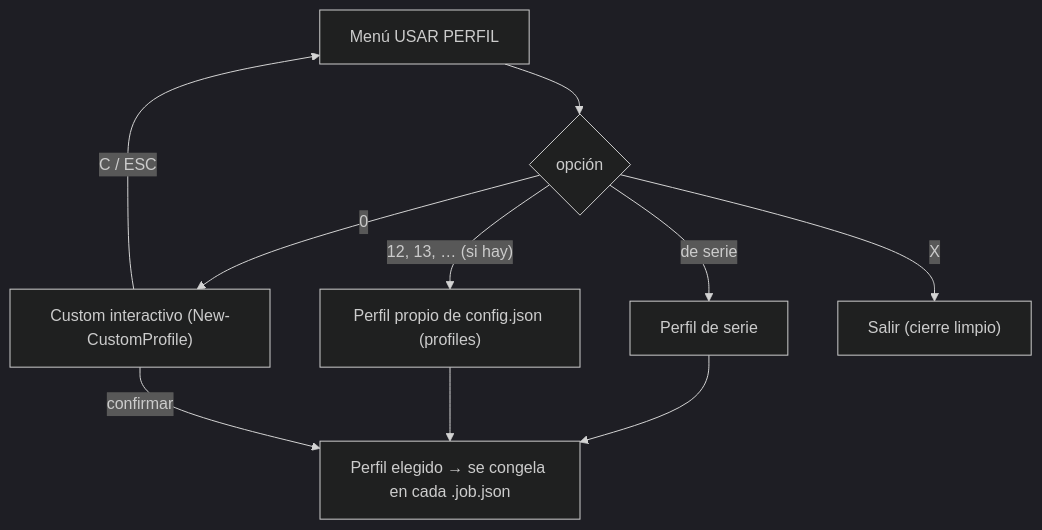
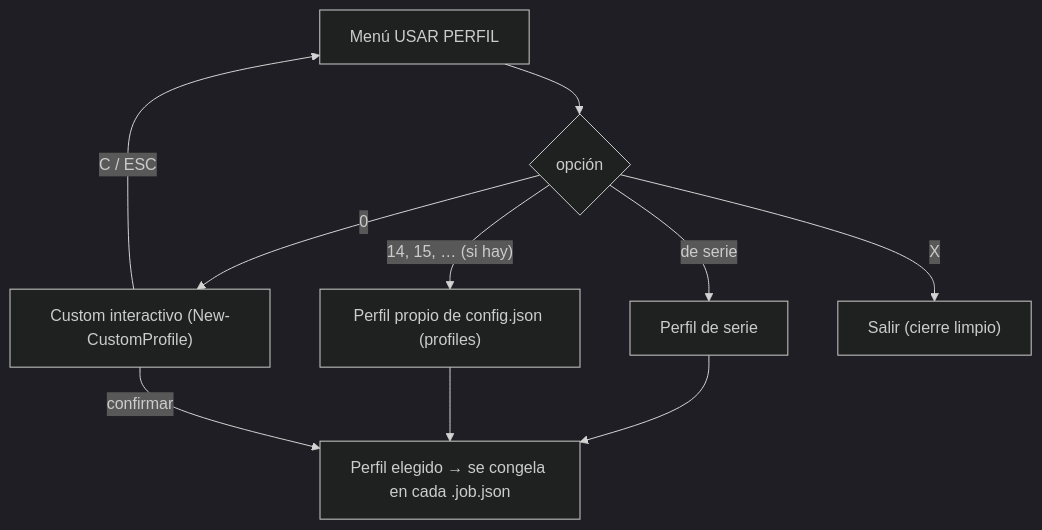
The diagram in docs/ref-perfiles.md (vsc55/ConversorVideoCMD), drawn with Mermaid (dark theme) before and after one commit. The commit also changed other lines of this file and 29 other files, not shown here.

````diff
--- a/docs/ref-perfiles.md
+++ b/docs/ref-perfiles.md
@@ -7,12 +7,12 @@
 ```mermaid
 flowchart TD
     M["Menú USAR PERFIL"] --> S{"opción"}
     S -- "de serie" --> B["Perfil de serie"]
-    S -- "12, 13, … (si hay)" --> C["Perfil propio de config.json (profiles)"]
+    S -- "14, 15, … (si hay)" --> C["Perfil propio de config.json (profiles)"]
     S -- "0" --> CU["Custom interactivo (New-CustomProfile)"]
     S -- "X" --> Q["Salir (cierre limpio)"]
     CU -- "C / ESC" --> M
     B --> F["Perfil elegido → se congela en cada .job.json"]
     C --> F
     CU -- "confirmar" --> F
 ```
````
